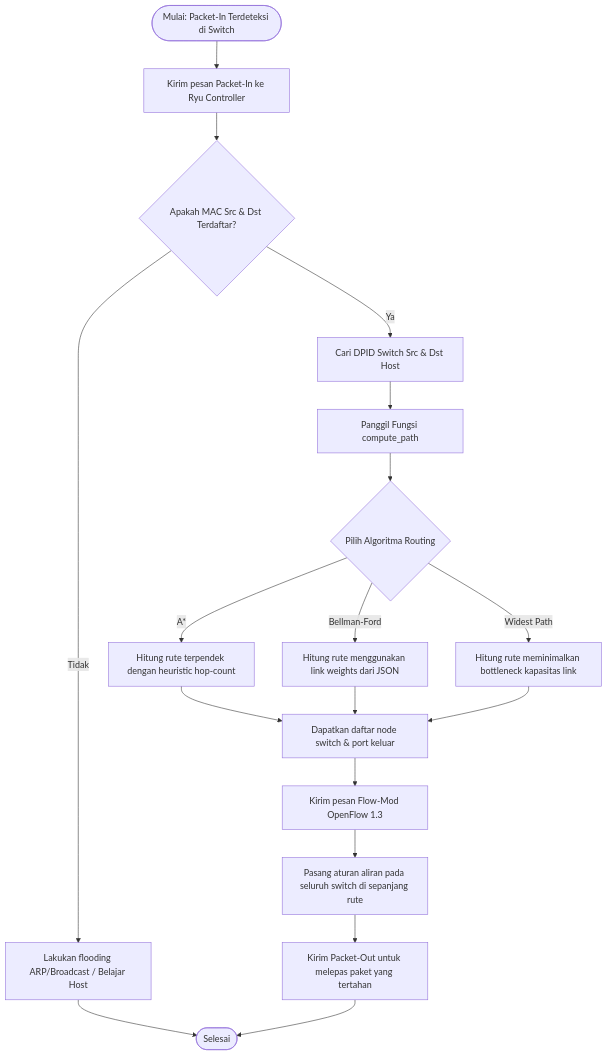
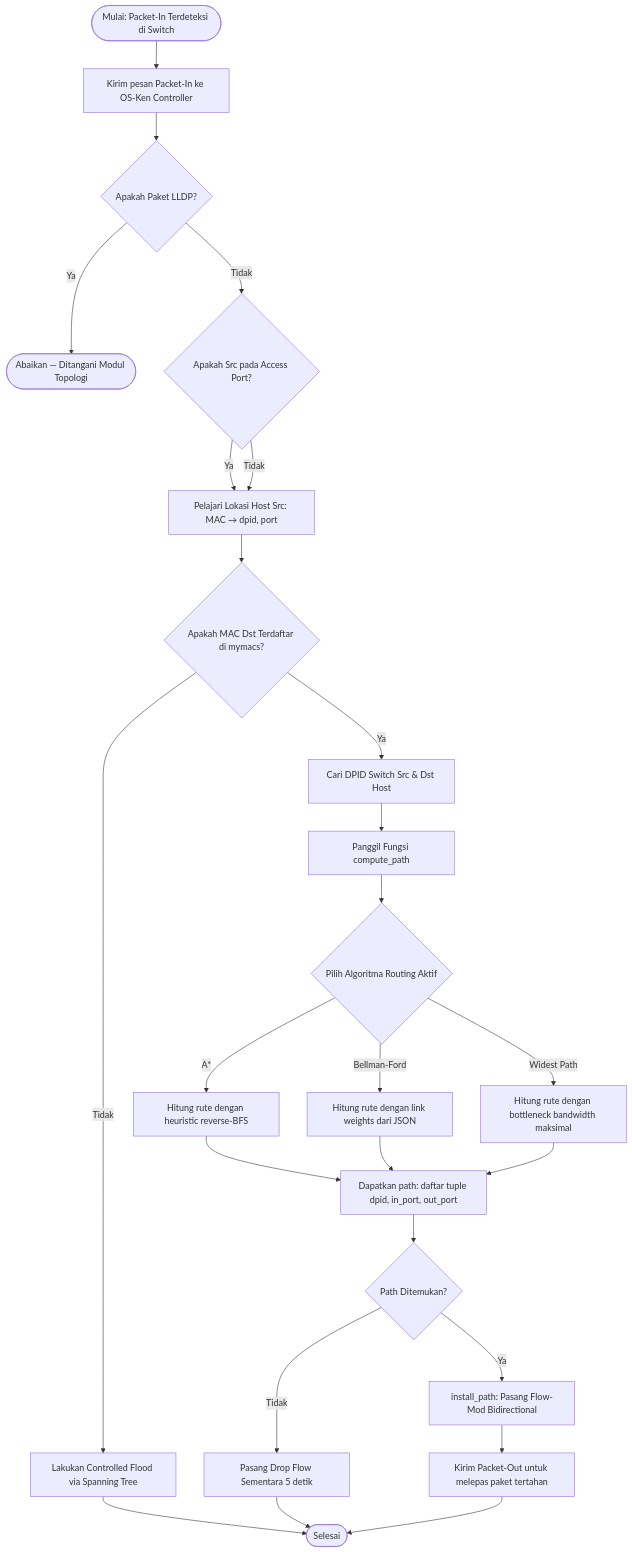
Before and after one commit to ValentinusMarvel/learn_sdn: the second of 4 diagrams in SPF/laporan/04-perancangan-sistem.md, drawn with Mermaid. The commit also changed other lines of this file and 6 other files, not shown here.

````diff
--- a/SPF/laporan/04-perancangan-sistem.md
+++ b/SPF/laporan/04-perancangan-sistem.md
@@ -51,19 +57,25 @@
 ```mermaid
 flowchart TD
-    A([Mulai: Packet-In Terdeteksi di Switch]) --> B[Kirim pesan Packet-In ke Ryu Controller]
-    B --> C{Apakah MAC Src & Dst Terdaftar?}
-    C -->|Tidak| D[Lakukan flooding ARP/Broadcast / Belajar Host] --> E([Selesai])
-    C -->|Ya| F[Cari DPID Switch Src & Dst Host]
-    F --> G[Panggil Fungsi compute_path]
-    G --> H{Pilih Algoritma Routing}
-    H -->|A*| I[Hitung rute terpendek dengan heuristic hop-count]
-    H -->|Bellman-Ford| J[Hitung rute menggunakan link weights dari JSON]
-    H -->|Widest Path| K[Hitung rute meminimalkan bottleneck kapasitas link]
-    I --> L[Dapatkan daftar node switch & port keluar]
-    J --> L
-    K --> L
-    L --> M[Kirim pesan Flow-Mod OpenFlow 1.3]
-    M --> N[Pasang aturan aliran pada seluruh switch di sepanjang rute]
-    N --> O[Kirim Packet-Out untuk melepas paket yang tertahan]
-    O --> E
+    A([Mulai: Packet-In Terdeteksi di Switch]) --> B[Kirim pesan Packet-In ke OS-Ken Controller]
+    B --> C{Apakah Paket LLDP?}
+    C -->|Ya| D1([Abaikan — Ditangani Modul Topologi])
+    C -->|Tidak| D2{Apakah Src pada Access Port?}
+    D2 -->|Ya| E[Pelajari Lokasi Host Src: MAC → dpid, port]
+    D2 -->|Tidak| E
+    E --> F{Apakah MAC Dst Terdaftar di mymacs?}
+    F -->|Tidak| G[Lakukan Controlled Flood via Spanning Tree] --> H([Selesai])
+    F -->|Ya| I[Cari DPID Switch Src & Dst Host]
+    I --> J[Panggil Fungsi compute_path]
+    J --> K{Pilih Algoritma Routing Aktif}
+    K -->|A*| L1[Hitung rute dengan heuristic reverse-BFS]
+    K -->|Bellman-Ford| L2[Hitung rute dengan link weights dari JSON]
+    K -->|Widest Path| L3[Hitung rute dengan bottleneck bandwidth maksimal]
+    L1 --> M[Dapatkan path: daftar tuple dpid, in_port, out_port]
+    L2 --> M
+    L3 --> M
+    M --> N{Path Ditemukan?}
+    N -->|Tidak| O[Pasang Drop Flow Sementara 5 detik] --> H
+    N -->|Ya| P[install_path: Pasang Flow-Mod Bidirectional]
+    P --> Q[Kirim Packet-Out untuk melepas paket tertahan]
+    Q --> H
 ```
````
